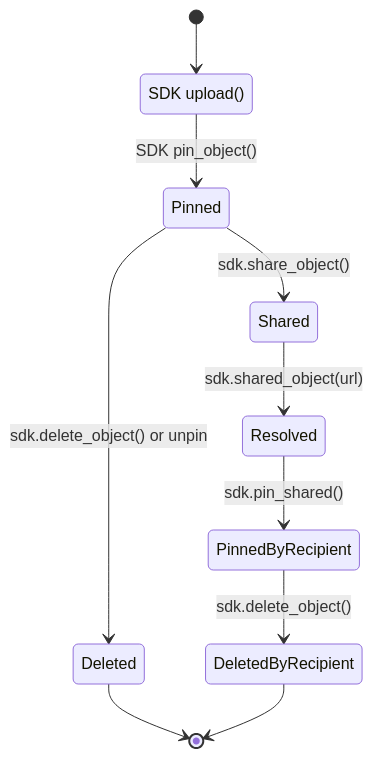
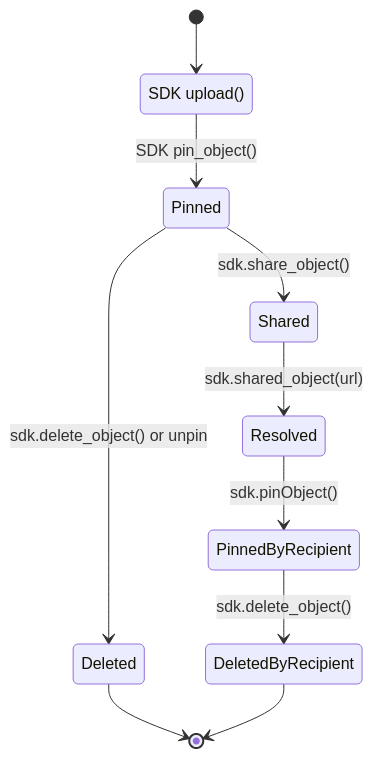
Before and after one commit to SiaFoundation/developer-portal: the diagram in docs/core-concepts/pinning.md, drawn with Mermaid. The commit also changed other lines of this file, not shown here.

Commit message:
fix(docs): replace non-existent objectEvents/pinObject references in pinning page

````diff
--- a/docs/core-concepts/pinning.md
+++ b/docs/core-concepts/pinning.md
@@ -99,17 +99,17 @@
 ```mermaid
 stateDiagram-v2
     [*] --> Uploaded
 
     Uploaded: SDK upload()
     Uploaded --> Pinned: SDK pin_object()
 
     Pinned --> Shared: sdk.share_object()
     Shared --> Resolved: sdk.shared_object(url)
-    Resolved --> PinnedByRecipient: sdk.pin_shared()
+    Resolved --> PinnedByRecipient: sdk.pinObject()
 
     Pinned --> Deleted: sdk.delete_object() or unpin
     Deleted --> [*]
 
     PinnedByRecipient --> DeletedByRecipient: sdk.delete_object()
     DeletedByRecipient --> [*]
 ```
````
